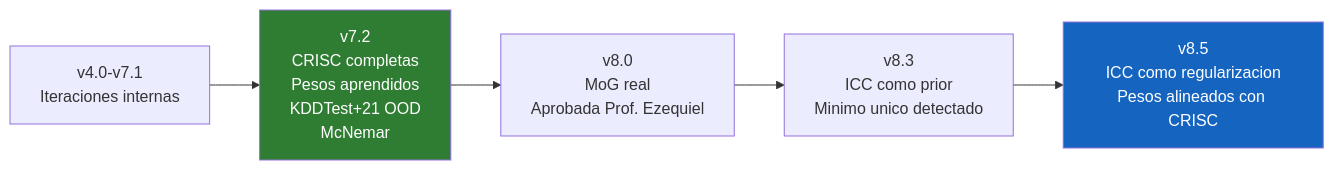
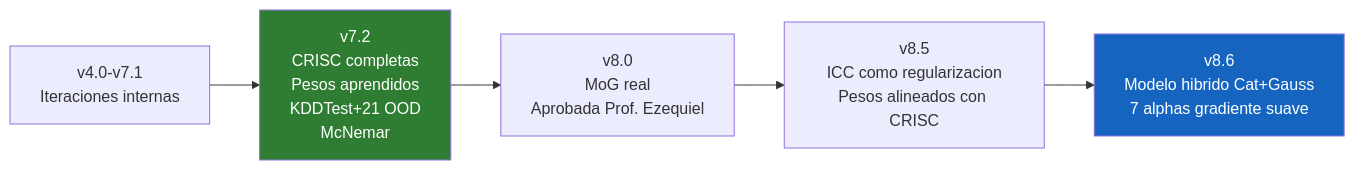
The first of 2 diagrams in README.md (eoherrera/NB_Federado_Ejercicio_Doctoral_UMA), drawn with Mermaid before and after one commit. The commit also changed other lines of this file and 1 other file, not shown here.

````diff
--- a/README.md
+++ b/README.md
@@ -26,9 +30,9 @@
 ```mermaid
 graph LR
     A[v4.0-v7.1<br/>Iteraciones internas] --> B[v7.2<br/>CRISC completas<br/>Pesos aprendidos<br/>KDDTest+21 OOD<br/>McNemar]
     B --> C[v8.0<br/>MoG real<br/>Aprobada Prof. Ezequiel]
-    C --> D[v8.3<br/>ICC como prior<br/>Minimo unico detectado]
-    D --> E[v8.5<br/>ICC como regularizacion<br/>Pesos alineados con CRISC]
+    C --> D[v8.5<br/>ICC como regularizacion<br/>Pesos alineados con CRISC]
+    D --> E[v8.6<br/>Modelo hibrido Cat+Gauss<br/>7 alphas gradiente suave]
     style E fill:#1565C0,color:#fff
     style B fill:#2E7D32,color:#fff
 ```
````
